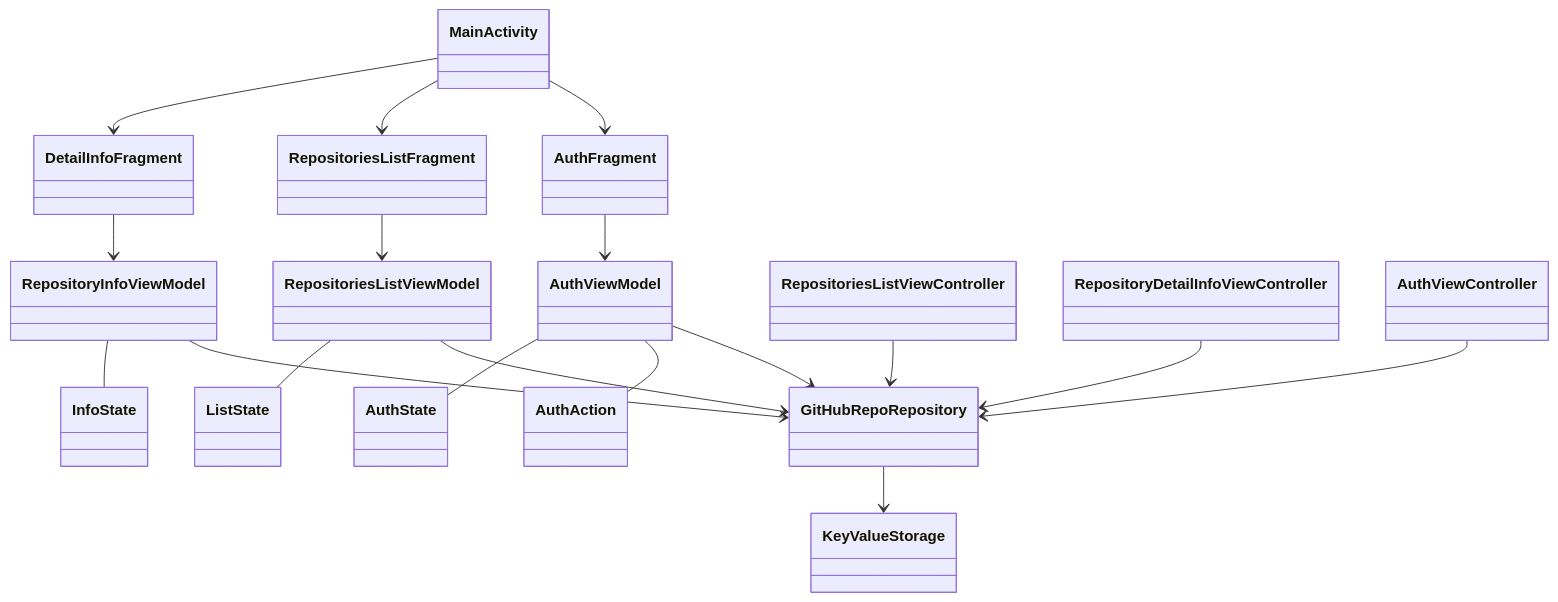
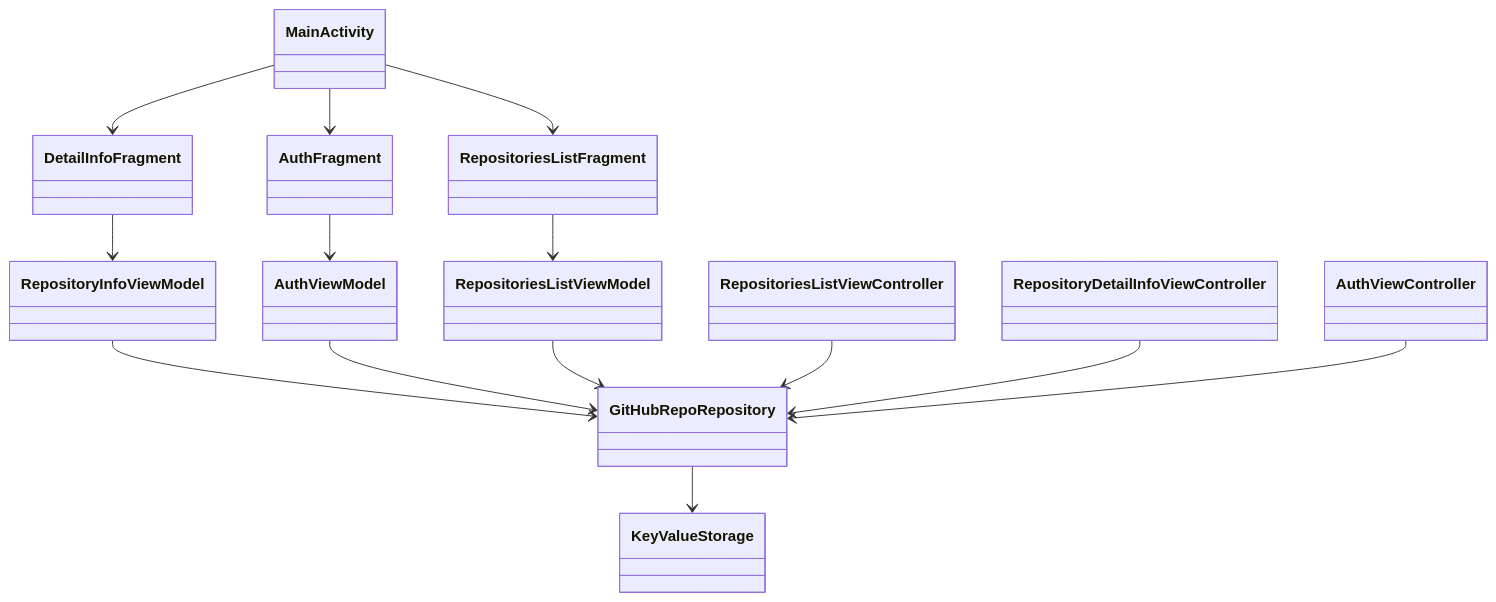
Before and after one commit to icerockdev/kmm.icerock.dev: the diagram in university/3-kotlin-multiplatform-mobile/practice.md, drawn with Mermaid. The commit also changed 2 other files, not shown here.

Commit message:
removed states from diagrams and renamed appRepo in ios and android

````diff
--- a/university/3-kotlin-multiplatform-mobile/practice.md
+++ b/university/3-kotlin-multiplatform-mobile/practice.md
@@ -168,49 +168,39 @@
 ```mermaid
    classDiagram
    
    class GitHubRepoRepository:::common
    class KeyValueStorage:::common
    
    class MainActivity:::android
    class AuthFragment:::android
    class RepositoriesListFragment:::android
    class DetailInfoFragment:::android
    
    class AuthViewModel:::android
-   class AuthState:::android
-   class AuthAction:::android
    
    class RepositoryInfoViewModel:::android
-   class InfoState:::android
    class RepositoriesListViewModel:::android
-   class ListState:::android
    class KeyValueStorage:::android
    
    MainActivity --> AuthFragment
    MainActivity --> RepositoriesListFragment
    MainActivity --> DetailInfoFragment
    
    AuthFragment --> AuthViewModel
    RepositoriesListFragment --> RepositoriesListViewModel
    DetailInfoFragment --> RepositoryInfoViewModel
    
    RepositoryInfoViewModel --> GitHubRepoRepository
    AuthViewModel --> GitHubRepoRepository
    RepositoriesListViewModel --> GitHubRepoRepository
    
    GitHubRepoRepository --> KeyValueStorage
    
-   AuthViewModel -- AuthAction
-   AuthViewModel -- AuthState
-  
-   RepositoryInfoViewModel -- InfoState
-   RepositoriesListViewModel -- ListState
-   
    class RepositoriesListViewController:::ios
    class RepositoryDetailInfoViewController:::ios
    class AuthViewController:::ios
    
    RepositoriesListViewController --> GitHubRepoRepository
    RepositoryDetailInfoViewController --> GitHubRepoRepository
    AuthViewController --> GitHubRepoRepository
 ```
````
